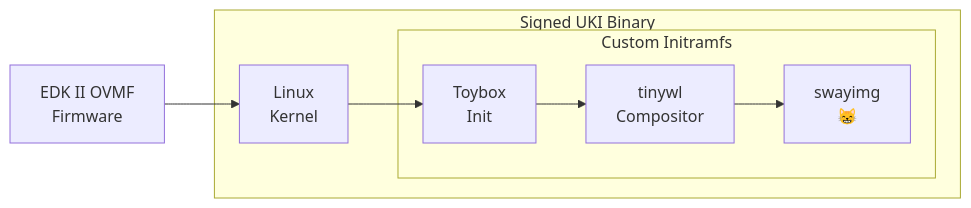
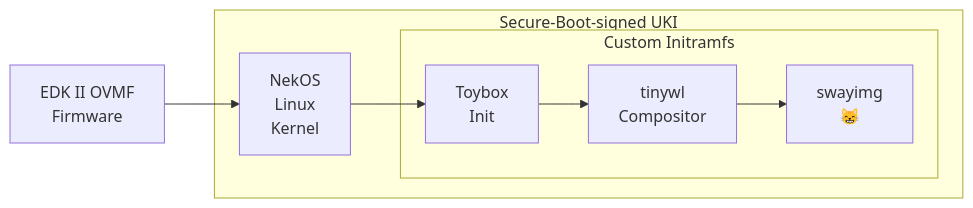
Before and after one commit to alexhaydock/NekOS: the first of 2 diagrams in README.md, drawn with Mermaid. The commit also changed other lines of this file, not shown here.

````diff
--- a/README.md
+++ b/README.md
@@ -35,12 +37,13 @@
 ```mermaid
 flowchart LR
-    fw[EDK II OVMF<br>Firmware] --> kernel[Linux<br>Kernel]
-    subgraph Signed UKI Binary
+    fw[EDK II OVMF<br>Firmware] --> kernel
+    kernel[NekOS<br>Linux<br>Kernel]
+    subgraph Secure-Boot-signed UKI
         subgraph Custom Initramfs
             init[Toybox<br>Init]
             init --> tinywl[tinywl<br>Compositor]
             tinywl --> swayimg[swayimg<br>😸]
         end
         kernel --> init
     end
 ```
````
